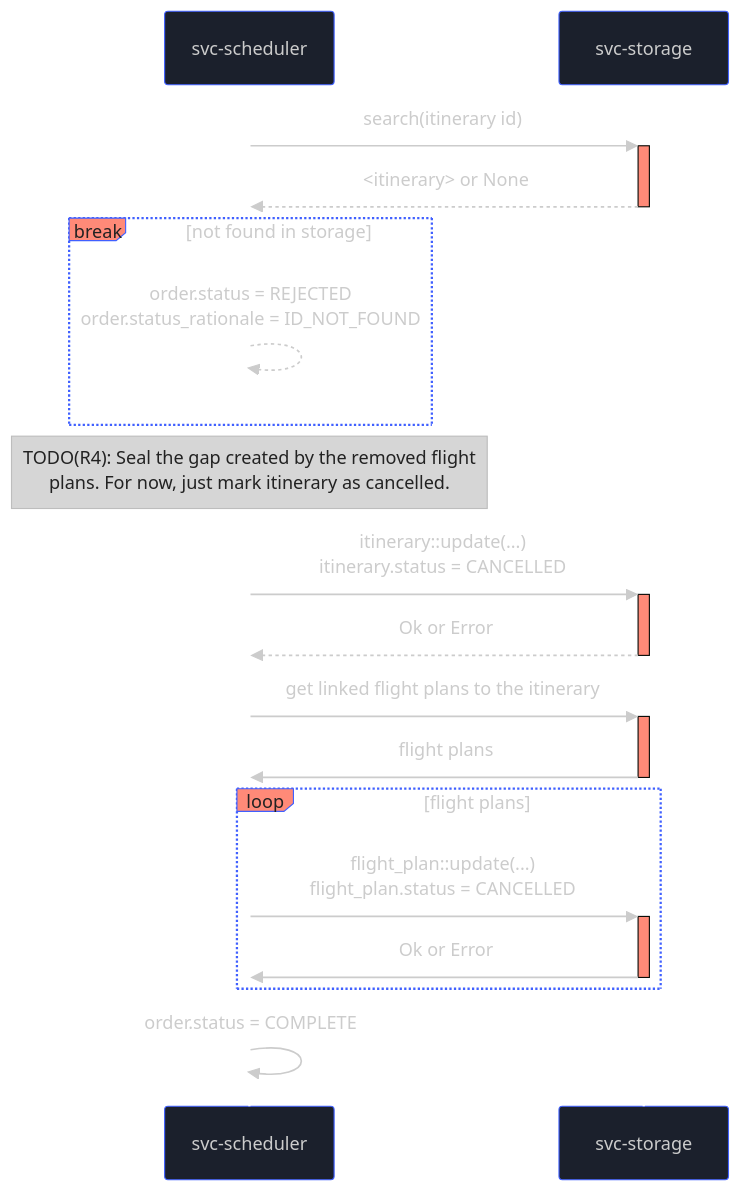
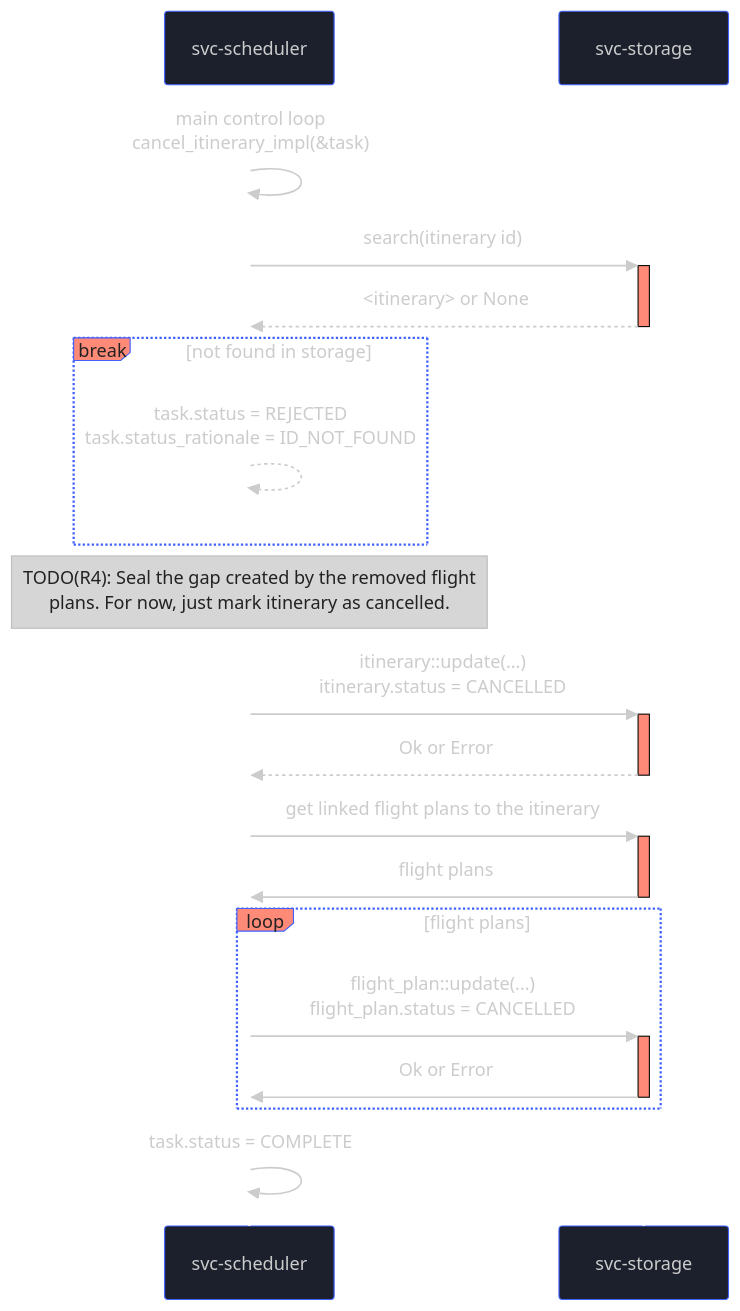
One commit to aetheric-oss/svc-scheduler changed the second of 9 diagrams in docs/sdd.md. Above: the diagram before and after it, drawn with Mermaid. The commit also changed other lines of this file and 2 other files, not shown here.

````diff
--- a/docs/sdd.md
+++ b/docs/sdd.md
@@ -178,42 +168,43 @@
 ```mermaid
 %%{
   init: {
     'theme': 'base',
     'themeVariables': {
       'primaryColor': '#1B202C',
       'primaryBorderColor': '#4060FF',
       'primaryTextColor': '#CCC',
       'actorLineColor': '#fff',
       'labelBoxBkgColor': '#FF8A78',
       'labelTextColor': '#222',
       'sequenceNumberColor': '#1B202C',
       'noteBkgColor': '#D6D6D6',
       'noteTextColor': '#222',
       'activationBkgColor': '#FF8A78'
     }
   }
 }%%
 sequenceDiagram
     participant scheduler as svc-scheduler
     participant storage as svc-storage
 
+    scheduler->>scheduler: main control loop<br>cancel_itinerary_impl(&task)
     scheduler->>+storage: search(itinerary id)
     storage-->>-scheduler: <itinerary> or None
     break not found in storage
-        scheduler-->>scheduler: order.status = REJECTED<br>order.status_rationale = ID_NOT_FOUND
+        scheduler-->>scheduler: task.status = REJECTED<br>task.status_rationale = ID_NOT_FOUND
     end
 
     Note over scheduler: TODO(R4): Seal the gap created by the removed flight<br>plans. For now, just mark itinerary as cancelled.
     scheduler->>+storage: itinerary::update(...)<br>itinerary.status = CANCELLED
     storage-->>-scheduler: Ok or Error
 
     scheduler->>+storage: get linked flight plans to the itinerary
     storage->>-scheduler: flight plans
 
     loop flight plans
         scheduler->>+storage: flight_plan::update(...)<br>flight_plan.status = CANCELLED
         storage->>-scheduler: Ok or Error
     end
 
-    scheduler->>scheduler: order.status = COMPLETE
+    scheduler->>scheduler: task.status = COMPLETE
 ```
````
